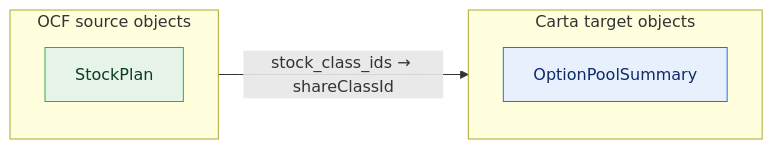
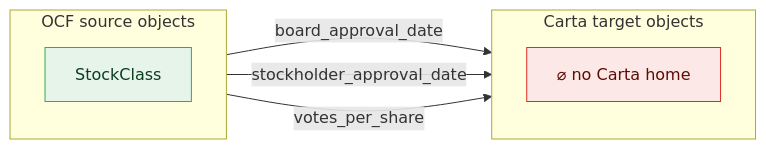
Before and after one commit to Open-Cap-Table-Coalition/OCF-Composed-Schemas: diagram 16 of 30 in core/core-gaps.md, drawn with Mermaid. The commit also changed other lines of this file and 11 other files, not shown here.

First line of the commit message:
Flow diagrams: one fully separate diagram per OCF object flavor

````diff
--- a/core/core-gaps.md
+++ b/core/core-gaps.md
@@ -55,16 +379,18 @@
 ```mermaid
 flowchart LR
   classDef adm fill:#e6f4ea,stroke:#34a853,color:#0b3d20;
   classDef notadm fill:#f1f3f4,stroke:#9aa0a6,color:#5f6368,stroke-dasharray:4 3;
   classDef carta fill:#e8f0fe,stroke:#1a73e8,color:#0d2b66;
   classDef sink fill:#fce8e6,stroke:#d93025,color:#5c0d06;
   subgraph SRC["OCF source objects"]
     direction TB
-    o0["StockPlan"]:::adm
+    o0["StockClass"]:::adm
   end
   subgraph TGT["Carta target objects"]
     direction TB
-    t0["OptionPoolSummary"]:::carta
+    sink["⌀ no Carta home"]:::sink
   end
-  o0 -->|"stock_class_ids → shareClassId"| t0
+  o0 -->|"board_approval_date"| sink
+  o0 -->|"stockholder_approval_date"| sink
+  o0 -->|"votes_per_share"| sink
 ```
````
